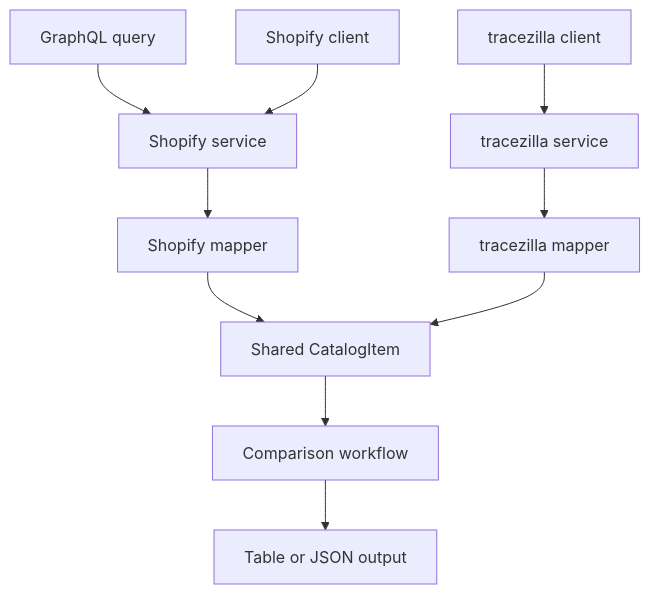
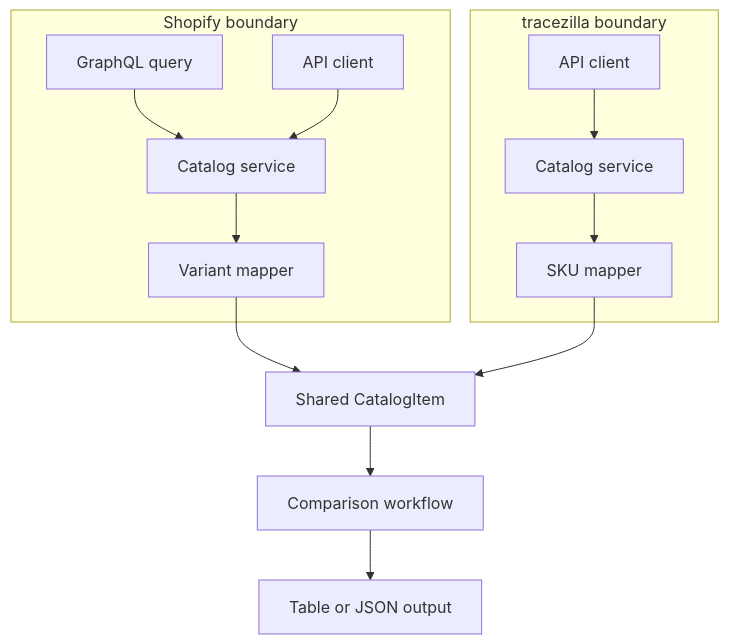
Before and after one commit to Happy-Bananas/tracezilla-integrations-docs: the diagram in shopify/python.md, drawn with Mermaid. The commit also changed other lines of this file and 11 other files, not shown here.

```diff
--- a/shopify/python.md
+++ b/shopify/python.md
@@ -56,12 +55,16 @@
 <pre class="mermaid">
 flowchart TB
-    Query[GraphQL query] --> ShopifyService[Shopify service]
-    ShopifyClient[Shopify client] --> ShopifyService
-    ShopifyService --> ShopifyMapper[Shopify mapper]
-    TracezillaClient[tracezilla client] --> TracezillaService[tracezilla service]
-    TracezillaService --> TracezillaMapper[tracezilla mapper]
+    subgraph Shopify[Shopify boundary]
+        Query[GraphQL query] --> ShopifyService[Catalog service]
+        ShopifyClient[API client] --> ShopifyService
+        ShopifyService --> ShopifyMapper[Variant mapper]
+    end
+    subgraph Tracezilla[tracezilla boundary]
+        TracezillaClient[API client] --> TracezillaService[Catalog service]
+        TracezillaService --> TracezillaMapper[SKU mapper]
+    end
     ShopifyMapper --> Model[Shared CatalogItem]
     TracezillaMapper --> Model
     Model --> Workflow[Comparison workflow]
     Workflow --> Output[Table or JSON output]
 </pre>
```
